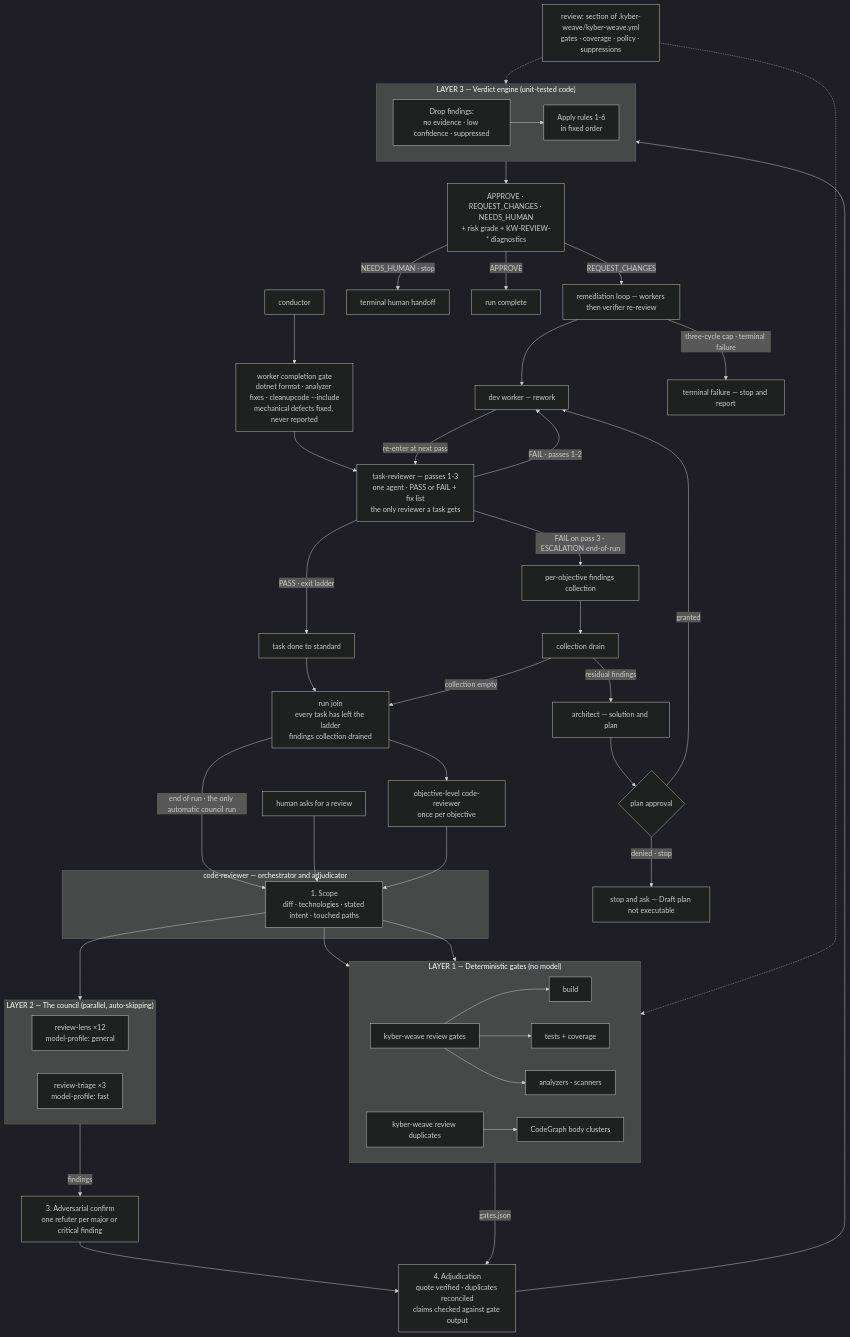
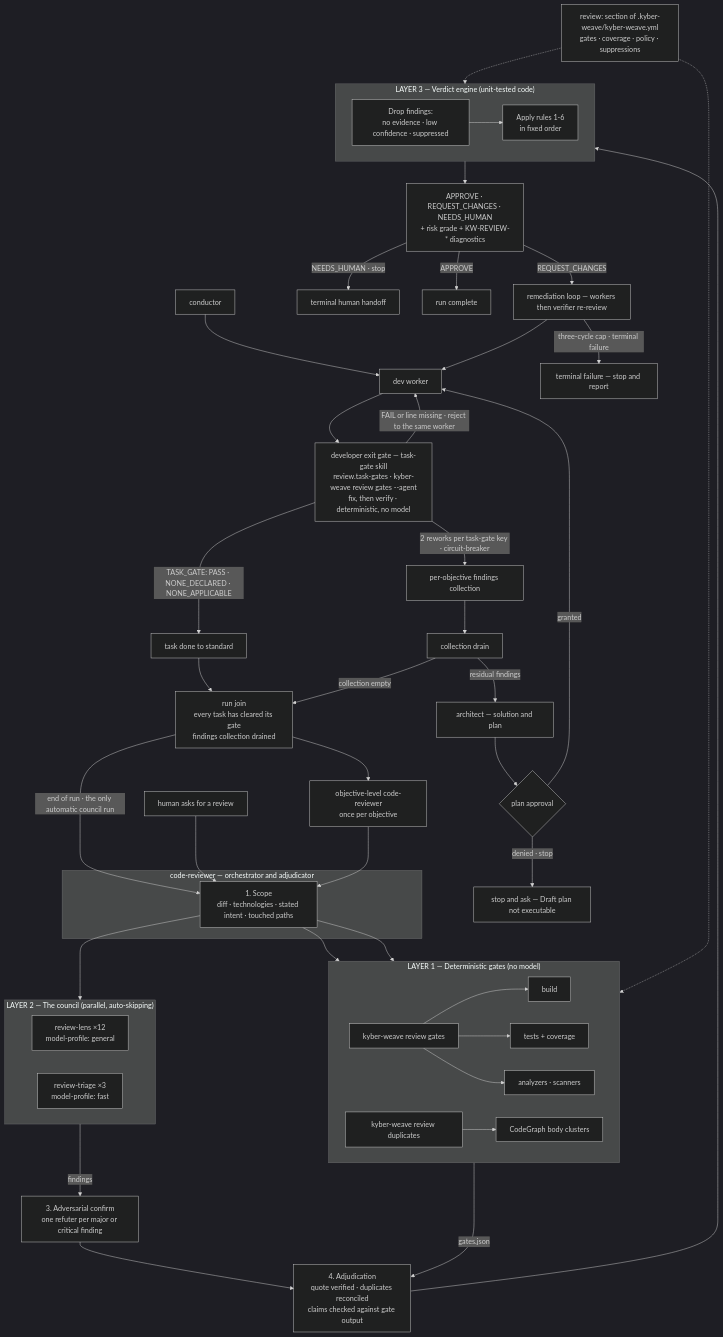
One commit to QiMata/kyber-weave changed the first of 4 diagrams in docs/code-review/architecture.md. Above: the diagram before and after it, drawn with Mermaid (dark theme). The commit also changed other lines of this file and 80 other files, not shown here.

First line of the commit message:
Replace task-reviewer with a deterministic developer exit gate (#402)

````diff
--- a/docs/code-review/architecture.md
+++ b/docs/code-review/architecture.md
@@ -40,66 +42,63 @@
 ```mermaid
 flowchart TD
     Cfg["review: section of .kyber-weave/kyber-weave.yml<br/>gates · coverage · policy · suppressions"]
-    Machine["worker completion gate<br/>dotnet format · analyzer fixes · cleanupcode --include<br/>mechanical defects fixed, never reported"]
-    Caller["conductor"] --> Machine
-    Machine --> Ladder
-    Worker["dev worker — rework"]
-    Ladder["task-reviewer — passes 1-3<br/>one agent · PASS or FAIL + fix list<br/>the only reviewer a task gets"]
-    Ladder -->|"PASS · exit ladder"| TaskDone["task done to standard"]
-    Ladder -->|"FAIL · passes 1-2"| Worker
-    Worker -->|"re-enter at next pass"| Ladder
-    Ladder -->|"FAIL on pass 3 · ESCALATION end-of-run"| Findings["per-objective findings collection"]
-    TaskDone --> Join["run join<br/>every task has left the ladder<br/>findings collection drained"]
+    Gate["developer exit gate — task-gate skill<br/>review.task-gates · kyber-weave review gates --agent<br/>fix, then verify · deterministic, no model"]
+    Caller["conductor"] --> Worker["dev worker"]
+    Worker --> Gate
+    Gate -->|"TASK_GATE: PASS · NONE_DECLARED · NONE_APPLICABLE"| TaskDone["task done to standard"]
+    Gate -->|"FAIL or line missing · reject to the same worker"| Worker
+    Gate -->|"2 reworks per task-gate key · circuit-breaker"| Findings["per-objective findings collection"]
+    TaskDone --> Join["run join<br/>every task has cleared its gate<br/>findings collection drained"]
     Findings --> Drain["collection drain"]
     Drain -->|"residual findings"| Architect["architect — solution and plan"]
     Architect --> Approval{"plan approval"}
     Approval -->|"granted"| Worker
     Approval -->|"denied · stop"| PlanDenied["stop and ask — Draft plan not executable"]
     Drain -->|"collection empty"| Join
     Join -->|"end of run · the only automatic council run"| Scope
     HumanAsk["human asks for a review"] --> Scope
 
     subgraph CR["code-reviewer — orchestrator and adjudicator"]
         Scope["1. Scope<br/>diff · technologies · stated intent · touched paths"]
     end
 
     Scope --> GR
     Scope --> DG
     Scope --> Council
 
     subgraph Gates["LAYER 1 — Deterministic gates (no model)"]
         direction LR
         GR["kyber-weave review gates"] --> G1["build"] & G2["tests + coverage"] & G3["analyzers · scanners"]
         DG["kyber-weave review duplicates"] --> G4["CodeGraph body clusters"]
     end
 
     subgraph Council["LAYER 2 — The council (parallel, auto-skipping)"]
         direction LR
         RL["review-lens ×12<br/>model-profile: general"]
         RT["review-triage ×3<br/>model-profile: fast"]
     end
 
     Council -->|"findings"| Confirm["3. Adversarial confirm<br/>one refuter per major or critical finding"]
     Confirm --> Adjudicate
     Gates -->|"gates.json"| Adjudicate
 
     Adjudicate["4. Adjudication<br/>quote verified · duplicates reconciled<br/>claims checked against gate output"] --> VE
 
     subgraph VE["LAYER 3 — Verdict engine (unit-tested code)"]
         direction LR
         Drop["Drop findings:<br/>no evidence · low confidence · suppressed"] --> Rules["Apply rules 1-6<br/>in fixed order"]
     end
 
     VE --> Out["APPROVE · REQUEST_CHANGES · NEEDS_HUMAN<br/>+ risk grade + KW-REVIEW-* diagnostics"]
 
     Out -->|"NEEDS_HUMAN · stop"| Human["terminal human handoff"]
     Out -->|"APPROVE"| RunComplete["run complete"]
     Out -->|"REQUEST_CHANGES"| ObjRemed["remediation loop — workers then verifier re-review"]
     ObjRemed --> Worker
     ObjRemed -->|"three-cycle cap · terminal failure"| ObjFailed["terminal failure — stop and report"]
     Join --> ObjReview["objective-level code-reviewer<br/>once per objective"]
     ObjReview --> Scope
 
     Cfg -.-> Gates
     Cfg -.-> VE
 ```
````
